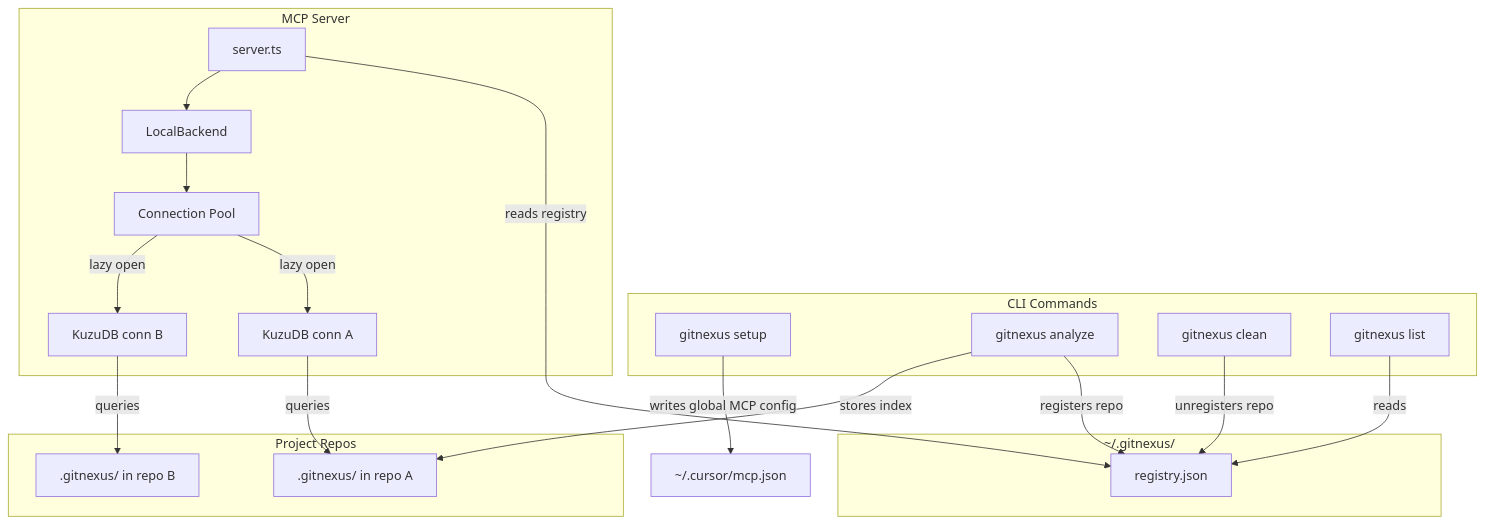
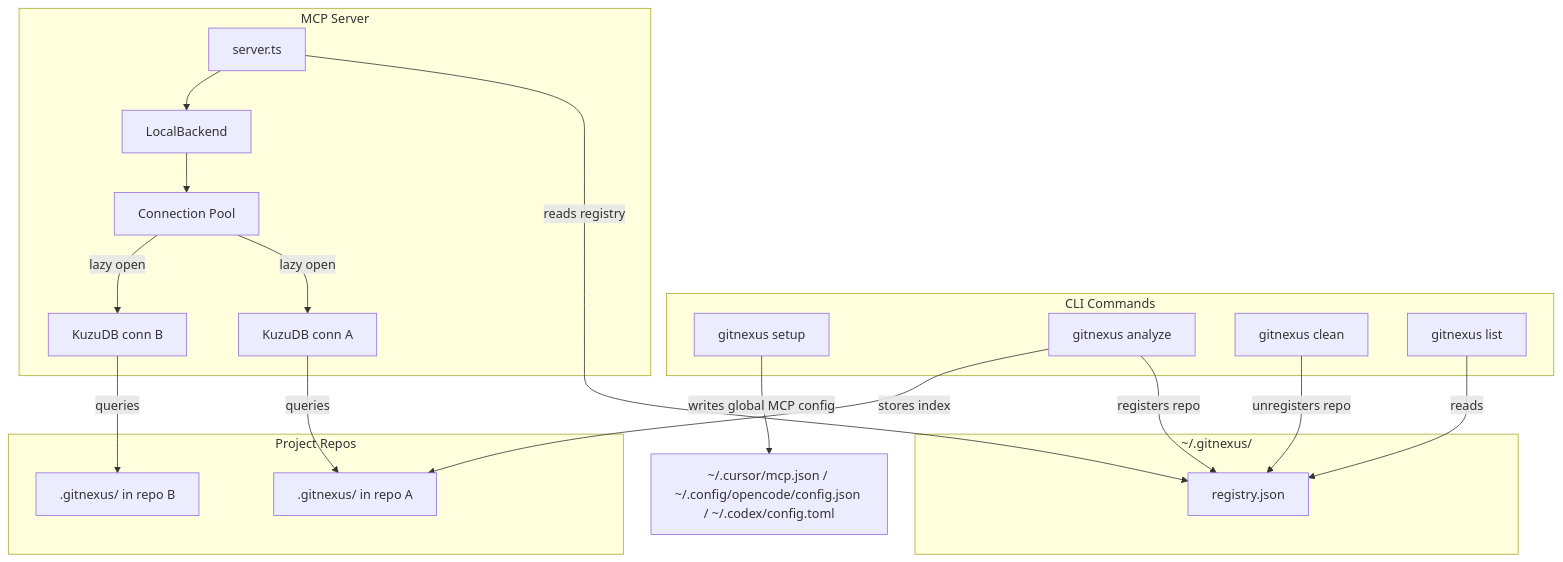
One commit to Ramtinhoss/GitNexus changed the first of 2 diagrams in README.md. Above: the diagram before and after it, drawn with Mermaid. The commit also changed other lines of this file and 6 other files, not shown here.

Commit message:
feat(setup): add Codex MCP workflow support

````diff
--- a/README.md
+++ b/README.md
@@ -203,39 +210,39 @@
 ```mermaid
 flowchart TD
     subgraph CLI [CLI Commands]
         Setup["gitnexus setup"]
         Analyze["gitnexus analyze"]
         Clean["gitnexus clean"]
         List["gitnexus list"]
     end
 
     subgraph Registry ["~/.gitnexus/"]
         RegFile["registry.json"]
     end
 
     subgraph Repos [Project Repos]
         RepoA[".gitnexus/ in repo A"]
         RepoB[".gitnexus/ in repo B"]
     end
 
     subgraph MCP [MCP Server]
         Server["server.ts"]
         Backend["LocalBackend"]
         Pool["Connection Pool"]
         ConnA["KuzuDB conn A"]
         ConnB["KuzuDB conn B"]
     end
 
-    Setup -->|"writes global MCP config"| CursorConfig["~/.cursor/mcp.json"]
+    Setup -->|"writes global MCP config"| EditorConfig["~/.cursor/mcp.json / ~/.config/opencode/config.json / ~/.codex/config.toml"]
     Analyze -->|"registers repo"| RegFile
     Analyze -->|"stores index"| RepoA
     Clean -->|"unregisters repo"| RegFile
     List -->|"reads"| RegFile
     Server -->|"reads registry"| RegFile
     Server --> Backend
     Backend --> Pool
     Pool -->|"lazy open"| ConnA
     Pool -->|"lazy open"| ConnB
     ConnA -->|"queries"| RepoA
     ConnB -->|"queries"| RepoB
 ```
````
